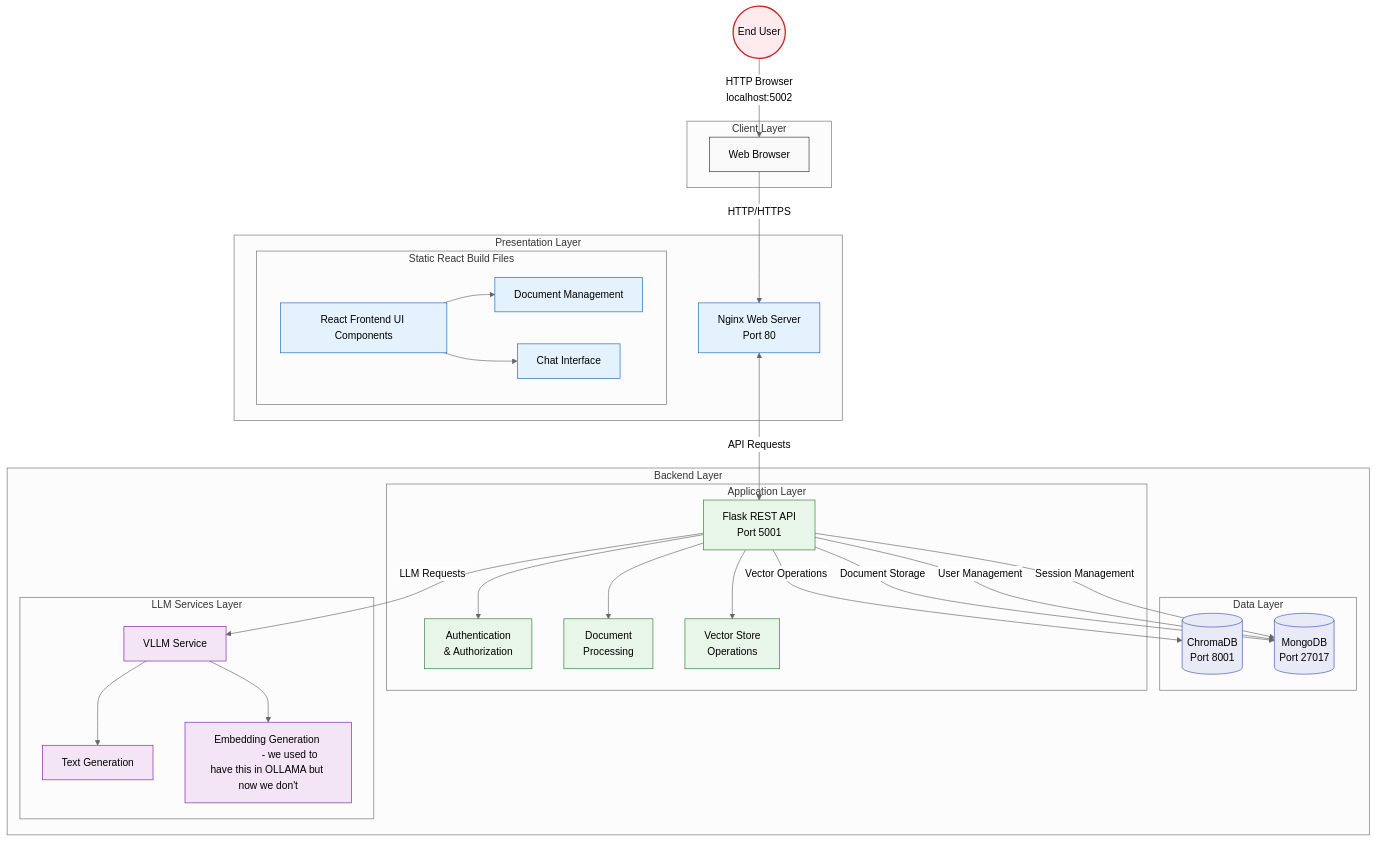
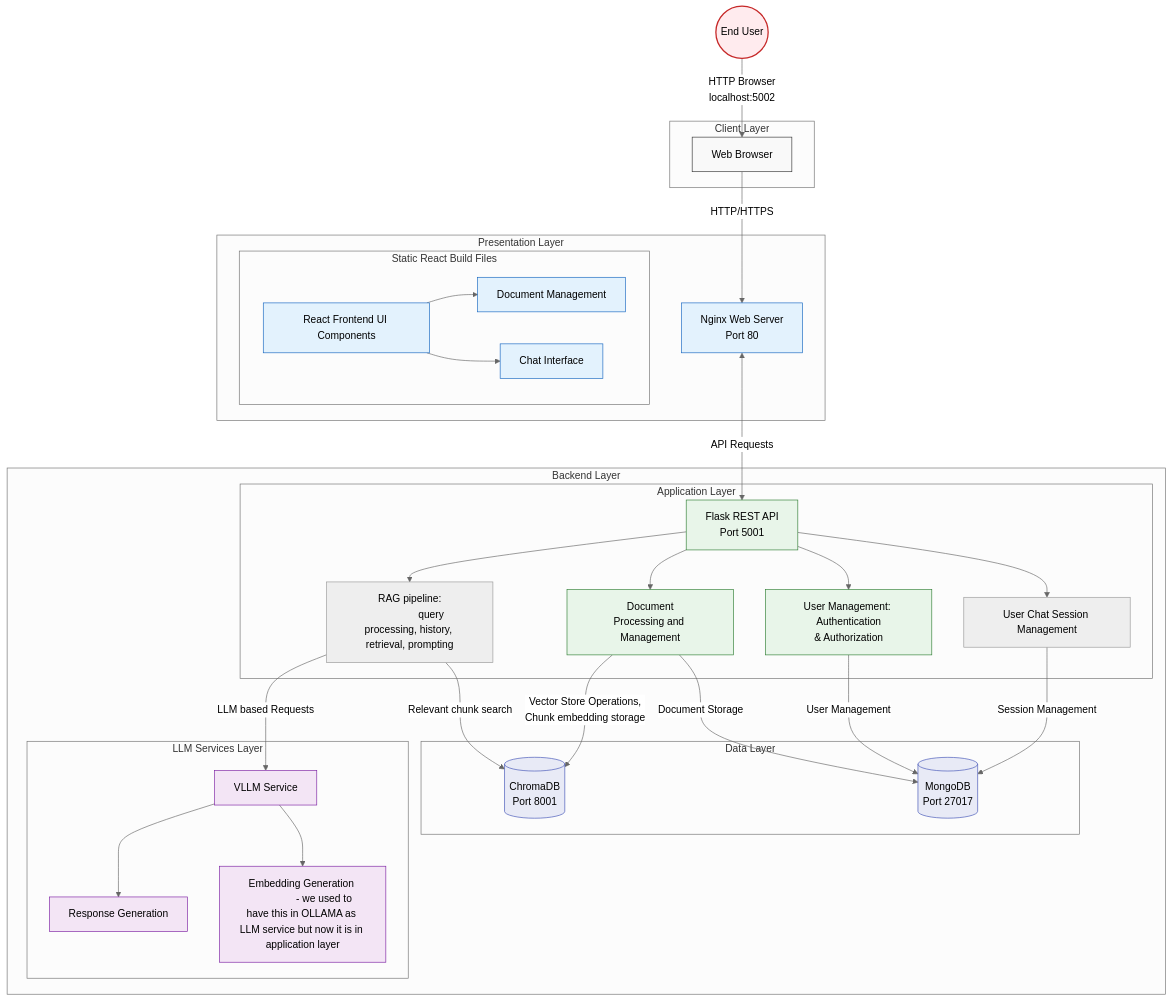
One commit to idilkara/ENS492-RAGDocumentManager changed the diagram in README.md. Above: the diagram before and after it, drawn with Mermaid (neutral theme).

````diff
--- a/README.md
+++ b/README.md
@@ -24,4 +24,5 @@
 ```mermaid
+
 
 flowchart TB
     %% Client Layer
@@ -59,29 +60,39 @@
 
                 subgraph "Application Layer"
             API[Flask REST API<br>Port 5001]
-            API --> Auth[Authentication<br>& Authorization]
-            API --> DocProc[Document<br>Processing]
-            API --> VSO[Vector Store<br>Operations]
+           
+            API --> DocProc[Document<br>Processing and Management]
+           
+            API --> RAGP[RAG pipeline:
+                query processing, history, retrieval, prompting] 
+
+            API --> Auth[User Management: Authentication<br>& Authorization]
+            API --> SessionMan[User Chat Session Management ]
+            
         end
         
 
         %% LLM Services Layer
         subgraph "LLM Services Layer"
             VLLM[VLLM Service]
-            VLLM --> GenText[Text Generation]
+            VLLM --> GenText[Response Generation]
             VLLM --> GenEmb[Embedding Generation 
-                - we used to have this in OLLAMA but now we don't]
+                - we used to have this in OLLAMA as LLM service but now it is in application layer]
         end
         
 
 
         
         %% Connections between layers
-        API -->|Document Storage| MDB
-        API -->|User Management| MDB
-        API -->|Session Management| MDB
-        API -->|Vector Operations| CDB
-        API -->|LLM Requests| VLLM
+        DocProc -->|Document Storage| MDB 
+        Auth -->|User Management| MDB
+        SessionMan -->|Session Management| MDB
+        RAGP --> |Relevant chunk search| CDB
+        DocProc -->|Vector Store Operations,
+            Chunk embedding storage | CDB
+        RAGP -->|LLM based Requests| VLLM
+       
+
     
     end
     
````
